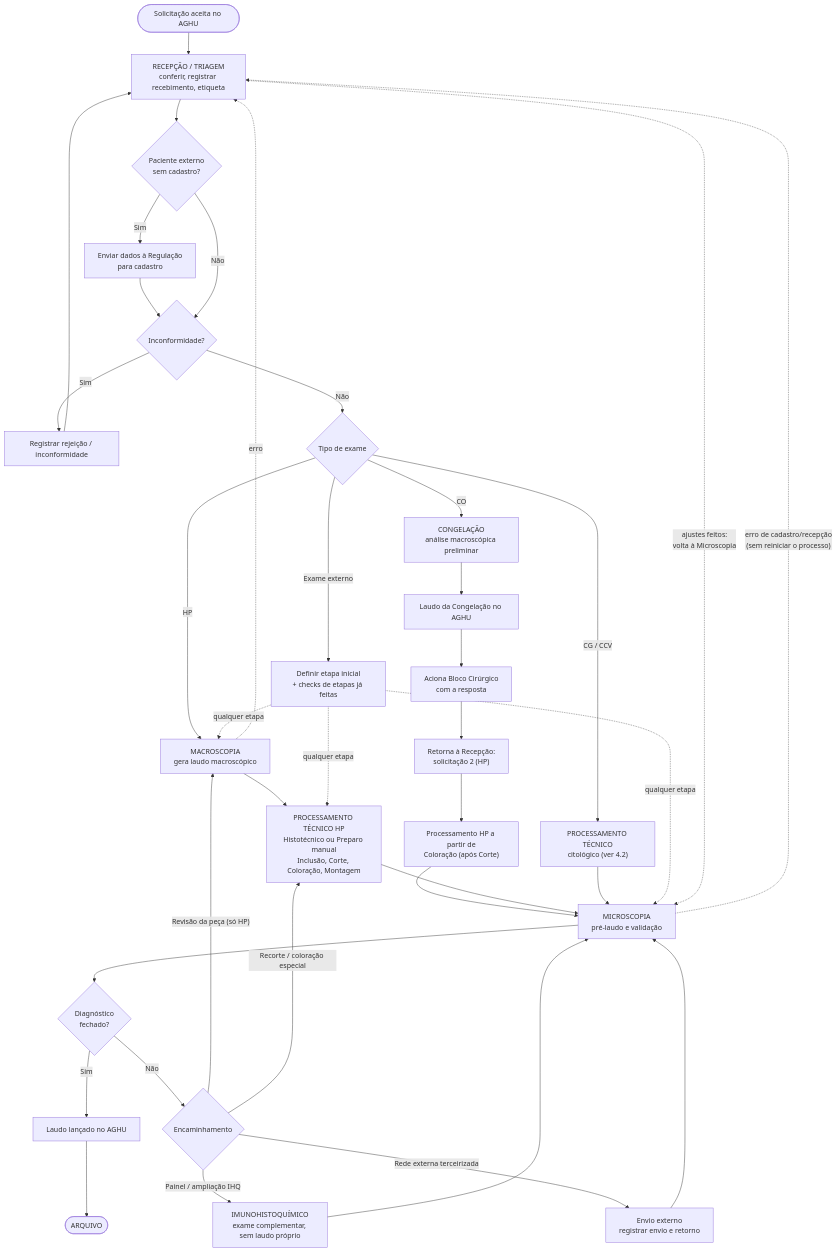
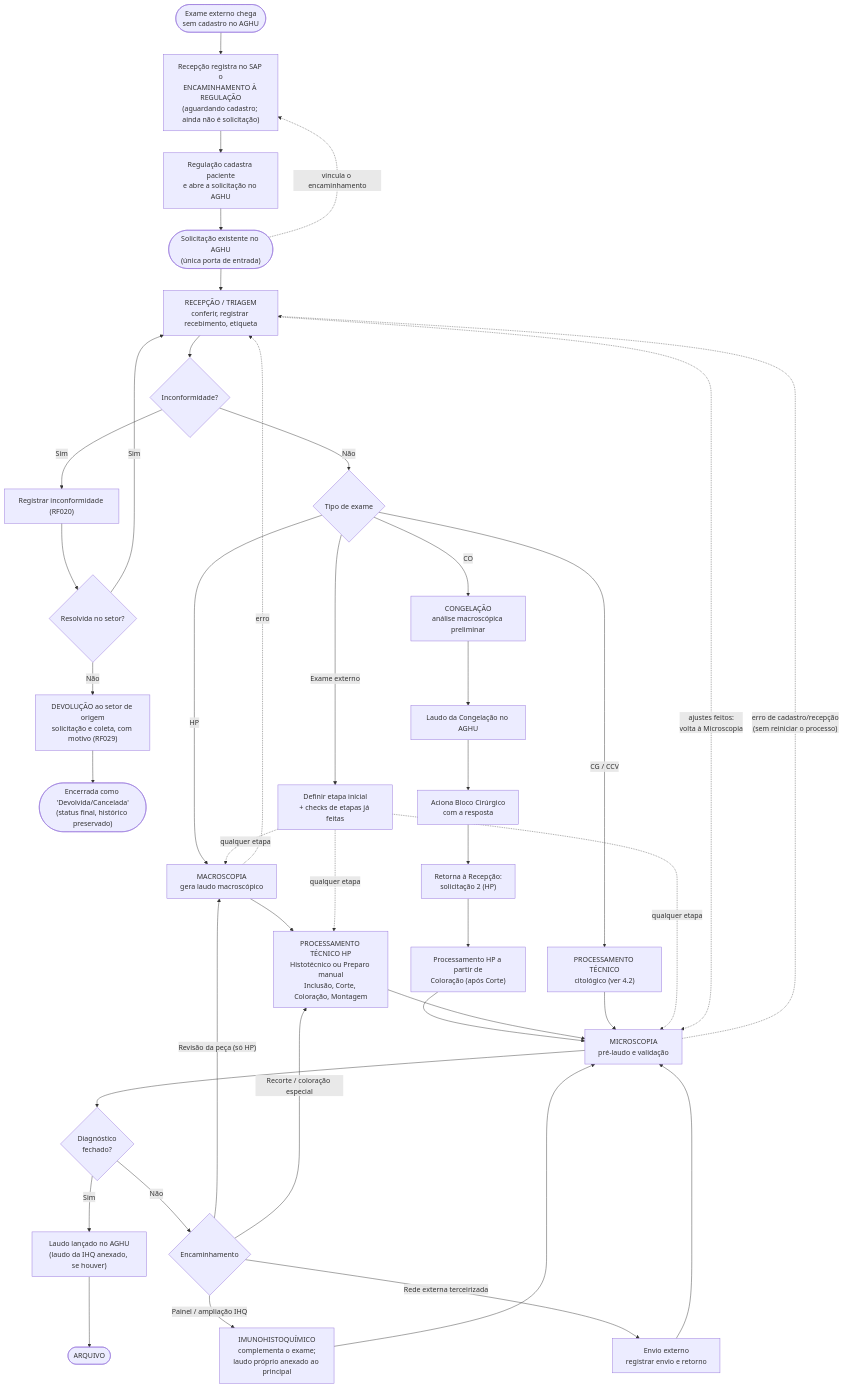
Before and after one commit to LuizMiguelfs/sistema-anatomia-patologica: the first of 2 diagrams in docs/especificacao/02-requisitos.md, drawn with Mermaid. The commit also changed other lines of this file and 3 other files, not shown here.

First line of the commit message:
docs(especificacao): solicitacao de exame, dados imutaveis do AGHU, devolucao e IHQ

````diff
--- a/docs/especificacao/02-requisitos.md
+++ b/docs/especificacao/02-requisitos.md
@@ -240,45 +248,49 @@
 ```mermaid
 flowchart TD
-    A(["Solicitação aceita no AGHU"]) --> B["RECEPÇÃO / TRIAGEM<br/>conferir, registrar recebimento, etiqueta"]
-    B --> B1{"Paciente externo<br/>sem cadastro?"}
-    B1 -- Sim --> B2["Enviar dados à Regulação<br/>para cadastro"]
-    B2 --> B3
-    B1 -- Não --> B3{"Inconformidade?"}
-    B3 -- Sim --> B4["Registrar rejeição / inconformidade"]
-    B4 --> B
+    X0(["Exame externo chega<br/>sem cadastro no AGHU"]) --> XE["Recepção registra no SAP o<br/>ENCAMINHAMENTO À REGULAÇÃO<br/>(aguardando cadastro; ainda não é solicitação)"]
+    XE --> X1["Regulação cadastra paciente<br/>e abre a solicitação no AGHU"]
+    X1 --> A
+    A -. "vincula o encaminhamento" .-> XE
+    A(["Solicitação existente no AGHU<br/>(única porta de entrada)"]) --> B["RECEPÇÃO / TRIAGEM<br/>conferir, registrar recebimento, etiqueta"]
+    B --> B3{"Inconformidade?"}
+    B3 -- Sim --> B4["Registrar inconformidade (RF020)"]
+    B4 --> B5{"Resolvida no setor?"}
+    B5 -- Sim --> B
+    B5 -- Não --> DV["DEVOLUÇÃO ao setor de origem<br/>solicitação e coleta, com motivo (RF029)"]
+    DV --> DVF(["Encerrada como 'Devolvida/Cancelada'<br/>(status final, histórico preservado)"])
     B3 -- Não --> C{"Tipo de exame"}
 
     C -- "HP" --> D["MACROSCOPIA<br/>gera laudo macroscópico"]
     C -- "CO" --> E["CONGELAÇÃO<br/>análise macroscópica preliminar"]
     C -- "CG / CCV" --> G["PROCESSAMENTO TÉCNICO<br/>citológico (ver 4.2)"]
     C -- "Exame externo" --> X["Definir etapa inicial<br/>+ checks de etapas já feitas"]
 
     D --> P["PROCESSAMENTO TÉCNICO HP<br/>Histotécnico ou Preparo manual<br/>Inclusão, Corte, Coloração, Montagem"]
     D -. "erro" .-> B
 
     E --> E1["Laudo da Congelação no AGHU"]
     E1 --> E2["Aciona Bloco Cirúrgico<br/>com a resposta"]
     E2 --> E3["Retorna à Recepção:<br/>solicitação 2 (HP)"]
     E3 --> PC["Processamento HP a partir de<br/>Coloração (após Corte)"]
     PC --> M
 
     P --> M["MICROSCOPIA<br/>pré-laudo e validação"]
     G --> M
 
     X -. "qualquer etapa" .-> D
     X -. "qualquer etapa" .-> P
     X -. "qualquer etapa" .-> M
 
     M --> M1{"Diagnóstico<br/>fechado?"}
-    M1 -- Sim --> L["Laudo lançado no AGHU"]
+    M1 -- Sim --> L["Laudo lançado no AGHU<br/>(laudo da IHQ anexado, se houver)"]
     L --> Z(["ARQUIVO"])
     M1 -- Não --> N{"Encaminhamento"}
     N -- "Revisão da peça (só HP)" --> D
     N -- "Recorte / coloração especial" --> P
-    N -- "Painel / ampliação IHQ" --> I["IMUNOHISTOQUÍMICO<br/>exame complementar, sem laudo próprio"]
+    N -- "Painel / ampliação IHQ" --> I["IMUNOHISTOQUÍMICO<br/>complementa o exame;<br/>laudo próprio anexado ao principal"]
     N -- "Rede externa terceirizada" --> R["Envio externo<br/>registrar envio e retorno"]
     I --> M
     R --> M
     M -. "erro de cadastro/recepção<br/>(sem reiniciar o processo)" .-> B
     B -. "ajustes feitos:<br/>volta à Microscopia" .-> M
 ```
````
